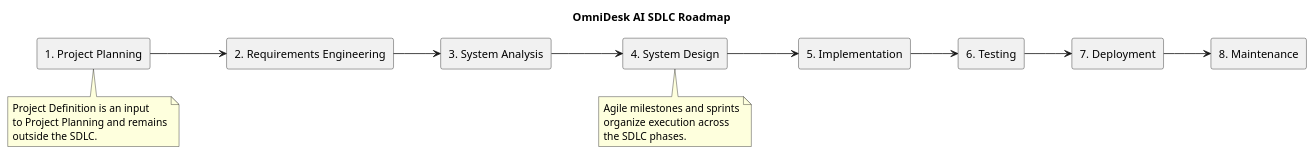
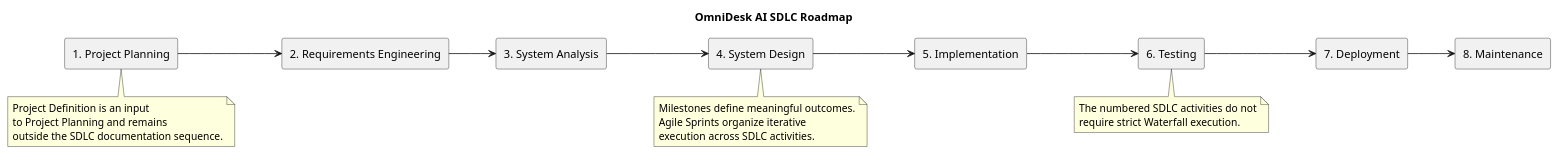
One commit to Farhad-Valizadegan/Web-OmniDesk changed the diagram in docs/Project-Management/diagrams/sdlc-roadmap.puml. Above: the diagram before and after it, drawn with PlantUML.

Commit message:
docs: correct SDLC roadmap terminology

```diff
--- a/docs/Project-Management/diagrams/sdlc-roadmap.puml
+++ b/docs/Project-Management/diagrams/sdlc-roadmap.puml
@@ -1,36 +1,41 @@
 @startuml
 title OmniDesk AI SDLC Roadmap
 
 left to right direction
 skinparam componentStyle rectangle
 
 rectangle "1. Project Planning" as Planning
 rectangle "2. Requirements Engineering" as Requirements
 rectangle "3. System Analysis" as Analysis
 rectangle "4. System Design" as Design
 rectangle "5. Implementation" as Implementation
 rectangle "6. Testing" as Testing
 rectangle "7. Deployment" as Deployment
 rectangle "8. Maintenance" as Maintenance
 
 Planning --> Requirements
 Requirements --> Analysis
 Analysis --> Design
 Design --> Implementation
 Implementation --> Testing
 Testing --> Deployment
 Deployment --> Maintenance
 
 note bottom of Design
-Agile milestones and sprints
-organize execution across
-the SDLC phases.
+Milestones define meaningful outcomes.
+Agile Sprints organize iterative
+execution across SDLC activities.
 end note
 
 note bottom of Planning
 Project Definition is an input
 to Project Planning and remains
-outside the SDLC.
+outside the SDLC documentation sequence.
+end note
+
+note bottom of Testing
+The numbered SDLC activities do not
+require strict Waterfall execution.
 end note
 
 @enduml
```
